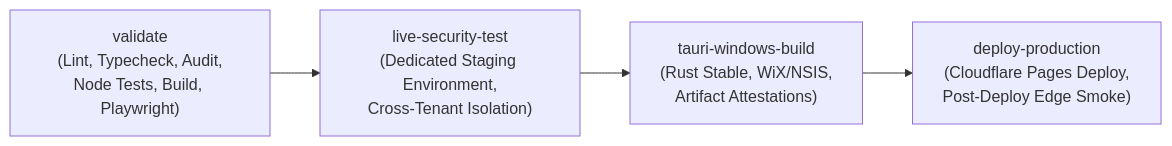
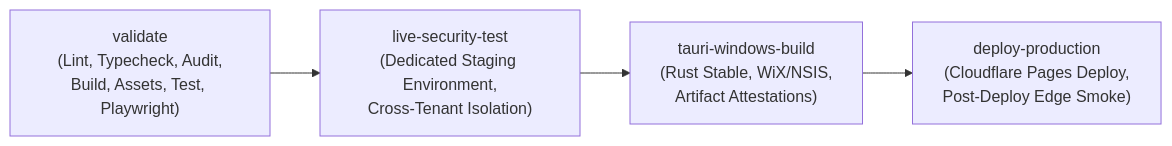
Before and after one commit to Adnin1/onnesha-hospital: the diagram in docs/FINAL_GITHUB_PRODUCTION_SECURITY_2026.md, drawn with Mermaid. The commit also changed other lines of this file and 9 other files, not shown here.

````diff
--- a/docs/FINAL_GITHUB_PRODUCTION_SECURITY_2026.md
+++ b/docs/FINAL_GITHUB_PRODUCTION_SECURITY_2026.md
@@ -43,6 +43,6 @@
 ```mermaid
 flowchart LR
-    A["validate<br/>(Lint, Typecheck, Audit,<br/>Node Tests, Build, Playwright)"] --> B["live-security-test<br/>(Dedicated Staging Environment,<br/>Cross-Tenant Isolation)"]
+    A["validate<br/>(Lint, Typecheck, Audit,<br/>Build, Assets, Test, Playwright)"] --> B["live-security-test<br/>(Dedicated Staging Environment,<br/>Cross-Tenant Isolation)"]
     B --> C["tauri-windows-build<br/>(Rust Stable, WiX/NSIS,<br/>Artifact Attestations)"]
     C --> D["deploy-production<br/>(Cloudflare Pages Deploy,<br/>Post-Deploy Edge Smoke)"]
 ```
````
